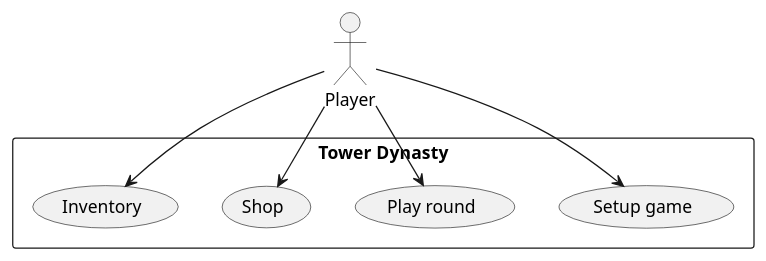
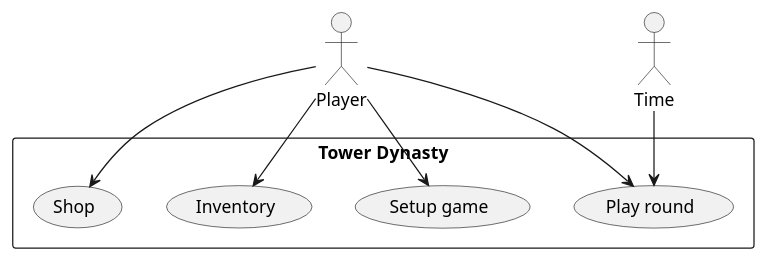
The diagram in uml/usecase.puml (Fudgeey/uc-seng201-project), drawn with PlantUML before and after one commit. The commit also changed 1 other file, not shown here.

```diff
--- a/uml/usecase.puml
+++ b/uml/usecase.puml
@@ -1,17 +1,20 @@
 @startuml
 'https://plantuml.com/use-case-diagram
 
 actor "Player" as A1
+actor "Time" as A2
 
 rectangle "Tower Dynasty" {
     usecase "Setup game" as UC1
     usecase "Play round" as UC2
     usecase "Shop" as UC3
     usecase "Inventory" as UC4
 }
 
 A1 --> UC1
 A1 --> UC2
 A1 --> UC3
 A1 --> UC4
+
+A2 --> UC2
 @enduml
```
